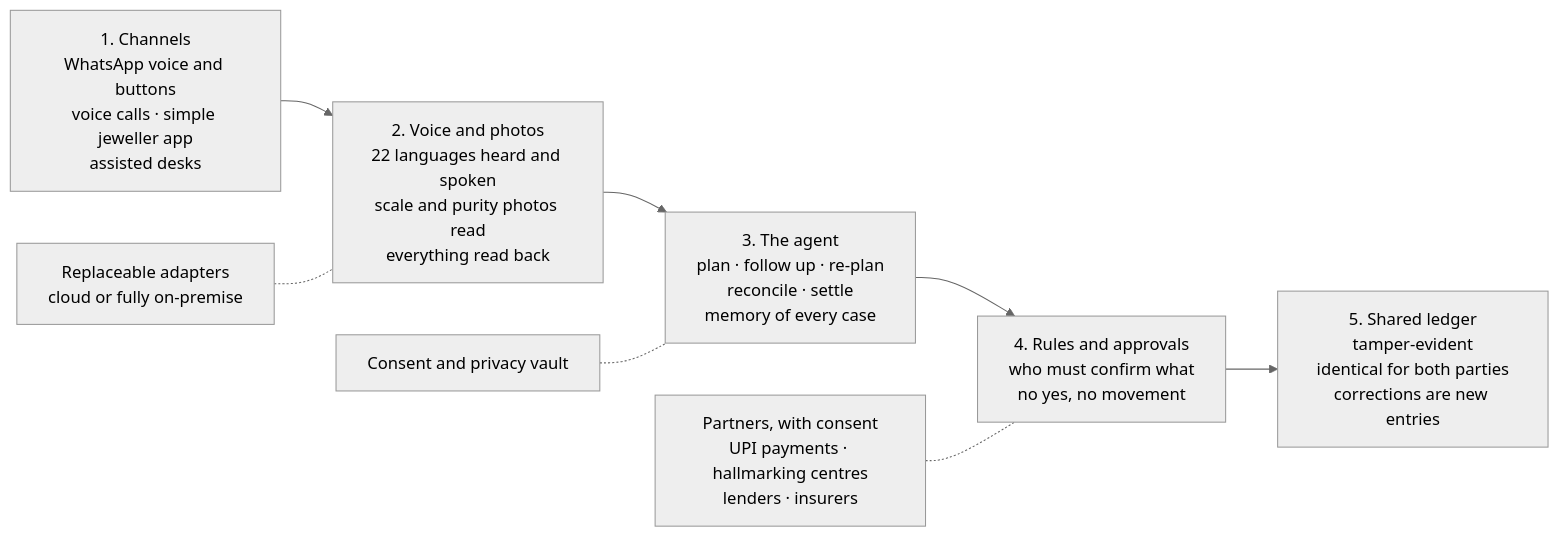
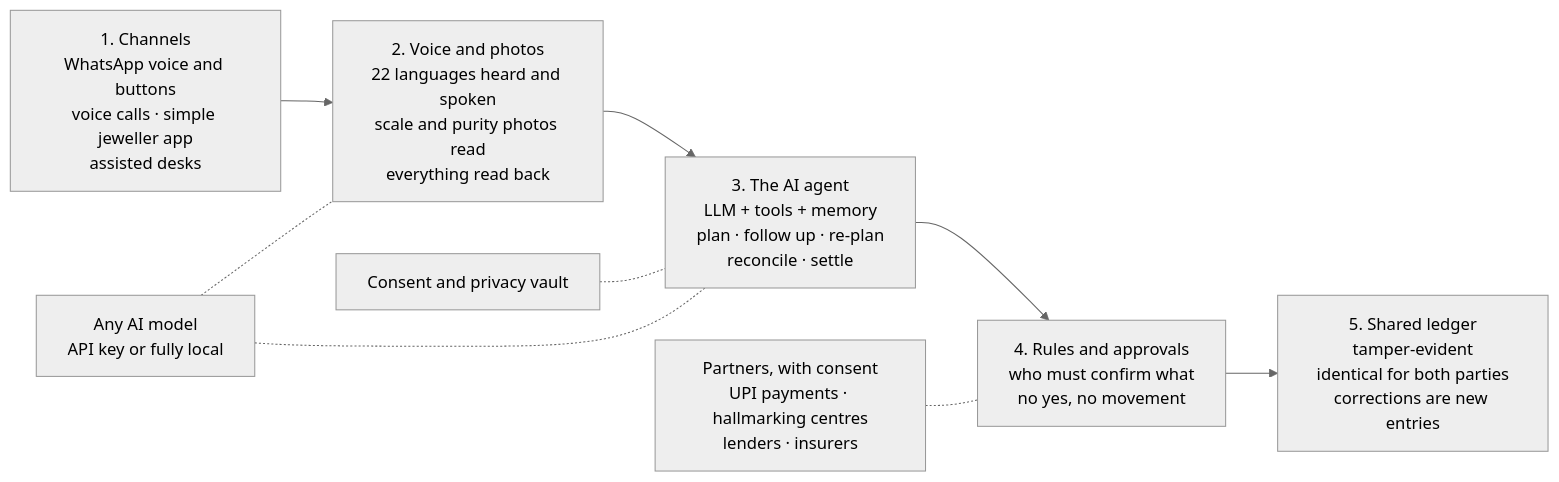
The diagram in README.md (shubham-jadhav-FiatLux/saakshi), drawn with Mermaid (neutral theme) before and after one commit. The commit also changed other lines of this file and 2 other files, not shown here.

Commit message:
Describe the agentic AI workflow: agent loop, tools, guardrails and model routing

````diff
--- a/README.md
+++ b/README.md
@@ -111,12 +130,13 @@
 ```mermaid
 flowchart LR
   CH["1. Channels<br/>WhatsApp voice and buttons<br/>voice calls · simple jeweller app<br/>assisted desks"]
   SP["2. Voice and photos<br/>22 languages heard and spoken<br/>scale and purity photos read<br/>everything read back"]
-  AG["3. The agent<br/>plan · follow up · re-plan<br/>reconcile · settle<br/>memory of every case"]
+  AG["3. The AI agent<br/>LLM + tools + memory<br/>plan · follow up · re-plan<br/>reconcile · settle"]
   RU["4. Rules and approvals<br/>who must confirm what<br/>no yes, no movement"]
   LE["5. Shared ledger<br/>tamper-evident<br/>identical for both parties<br/>corrections are new entries"]
   CH --> SP --> AG --> RU --> LE
   CV["Consent and privacy vault"] -.- AG
-  AD["Replaceable adapters<br/>cloud or fully on-premise"] -.- SP
+  AD["Any AI model<br/>API key or fully local"] -.- SP
+  AD -.- AG
   PA["Partners, with consent<br/>UPI payments · hallmarking centres<br/>lenders · insurers"] -.- RU
 ```
````
